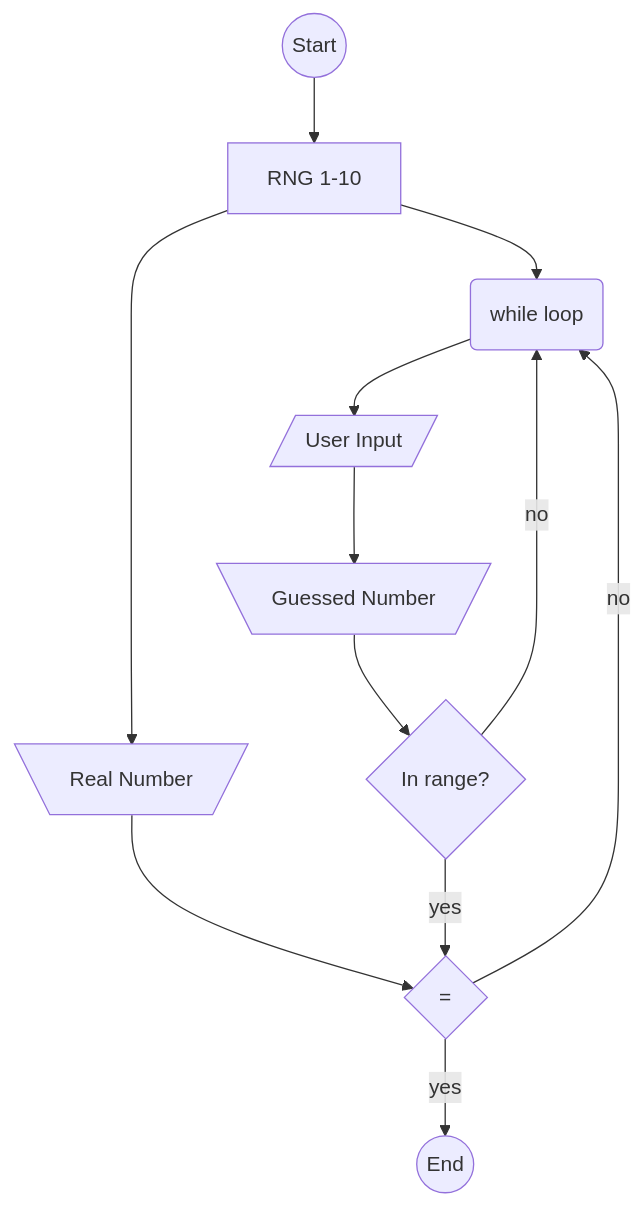
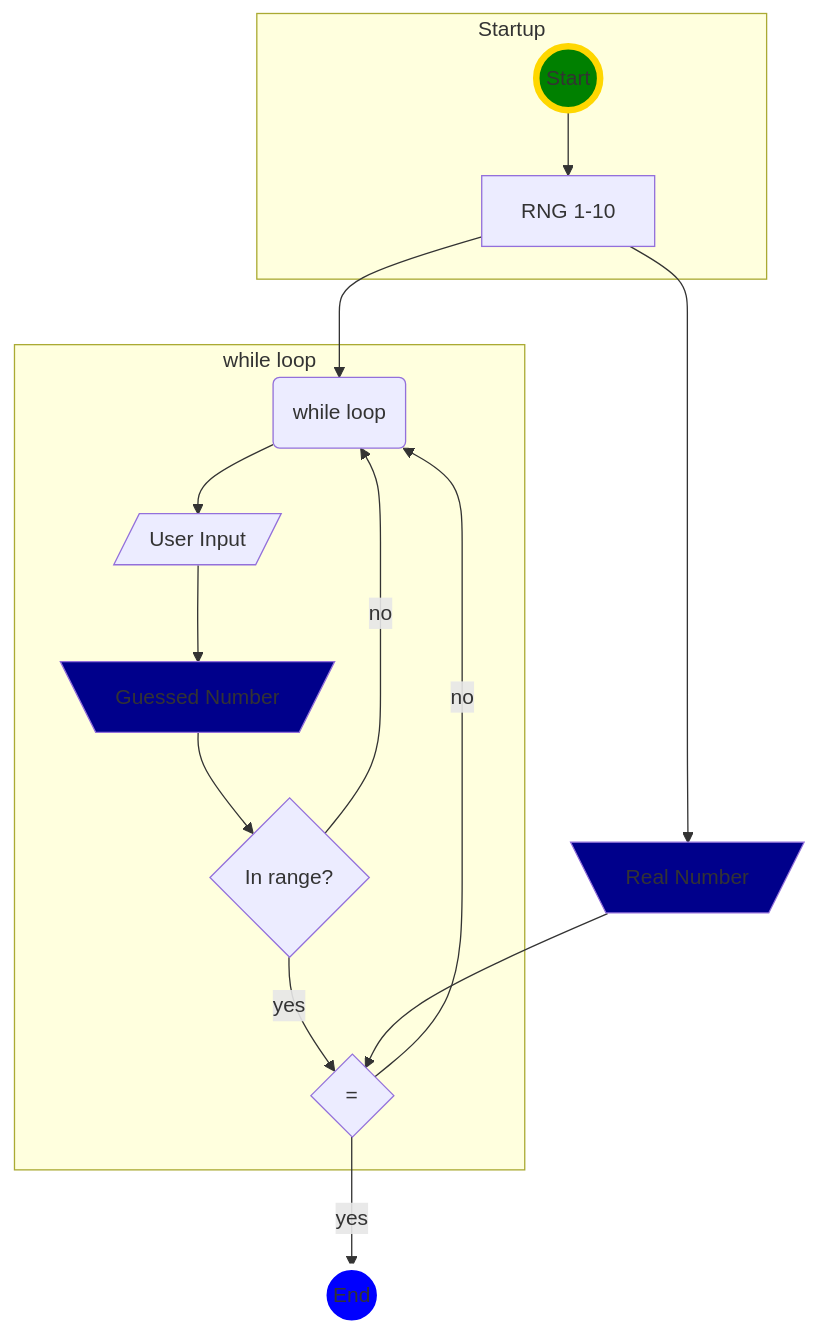
Before and after one commit to mcnoffsinger/mcnoffsinger.github.io: the diagram in Flowchart.md, drawn with Mermaid.

Commit message:
colored the flowchart

````diff
--- a/Flowchart.md
+++ b/Flowchart.md
@@ -2,22 +2,35 @@
 ``` mermaid
 flowchart TD
 start((Start))
 num[RNG 1-10]
 while(while loop)
 User[/User Input/]
 range{In range?}
 uNum[\Guessed Number/]
 gNum[\Real Number/]
 dome((End))
 if1{=}
 
 
-start --> num --> while -->User --> uNum
+num --> while 
+subgraph while loop
+    while -->User --> uNum 
+    uNum --> range --yes--> if1
+    end
+subgraph Startup
+    start --> num
+    end 
 num --> gNum
 gNum --> if1
-uNum --> range --yes--> if1
+
 range --no --> while
 if1 --no --> while
 if1 --yes --> dome
 
+
+style start fill:green,stroke-width:5, stroke: gold
+style dome fill:blue ,stroke-width:5, stroke: white
+style uNum fill:darkblue
+style gNum fill:darkblue
+
 ```
````
